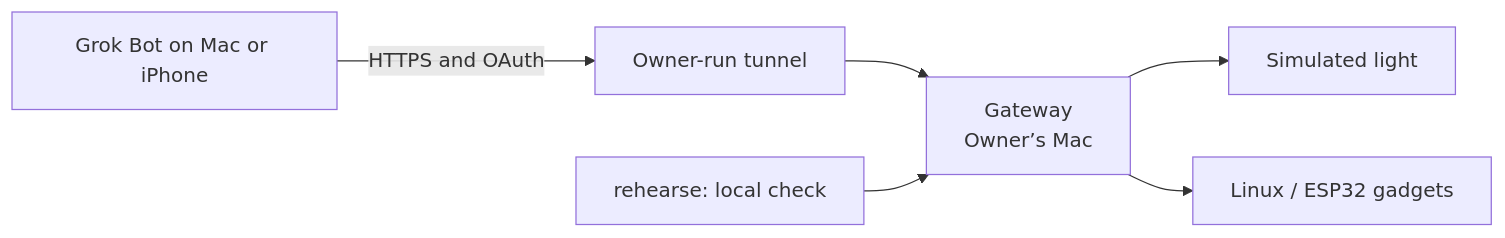
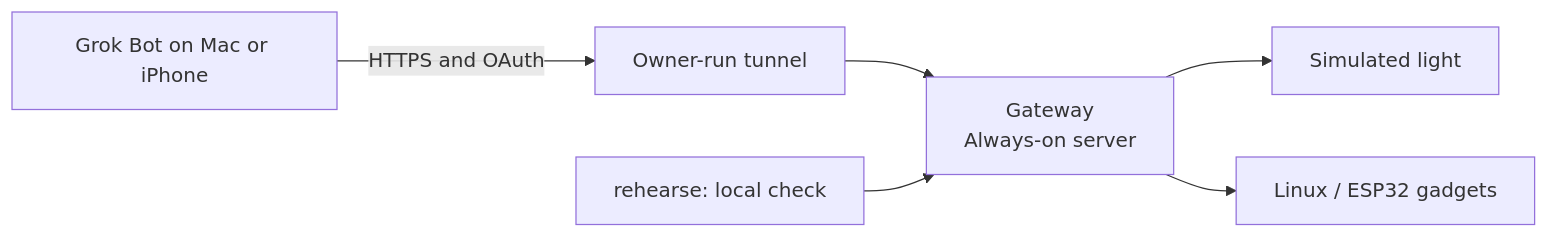
The diagram in README.md (adidshaft/grok-gadgets-gateway), drawn with Mermaid before and after one commit. The commit also changed other lines of this file and 1 other file, not shown here.

````diff
--- a/README.md
+++ b/README.md
@@ -55,8 +55,8 @@
 ```mermaid
 flowchart LR
     B["Grok Bot on Mac or iPhone"] -->|HTTPS and OAuth| T["Owner-run tunnel"]
-    T --> G["Gateway<br>Owner’s Mac"]
+    T --> G["Gateway<br>Always-on server"]
     R["rehearse: local check"] --> G
     G --> S["Simulated light"]
     G --> D["Linux / ESP32 gadgets"]
 ```
````
